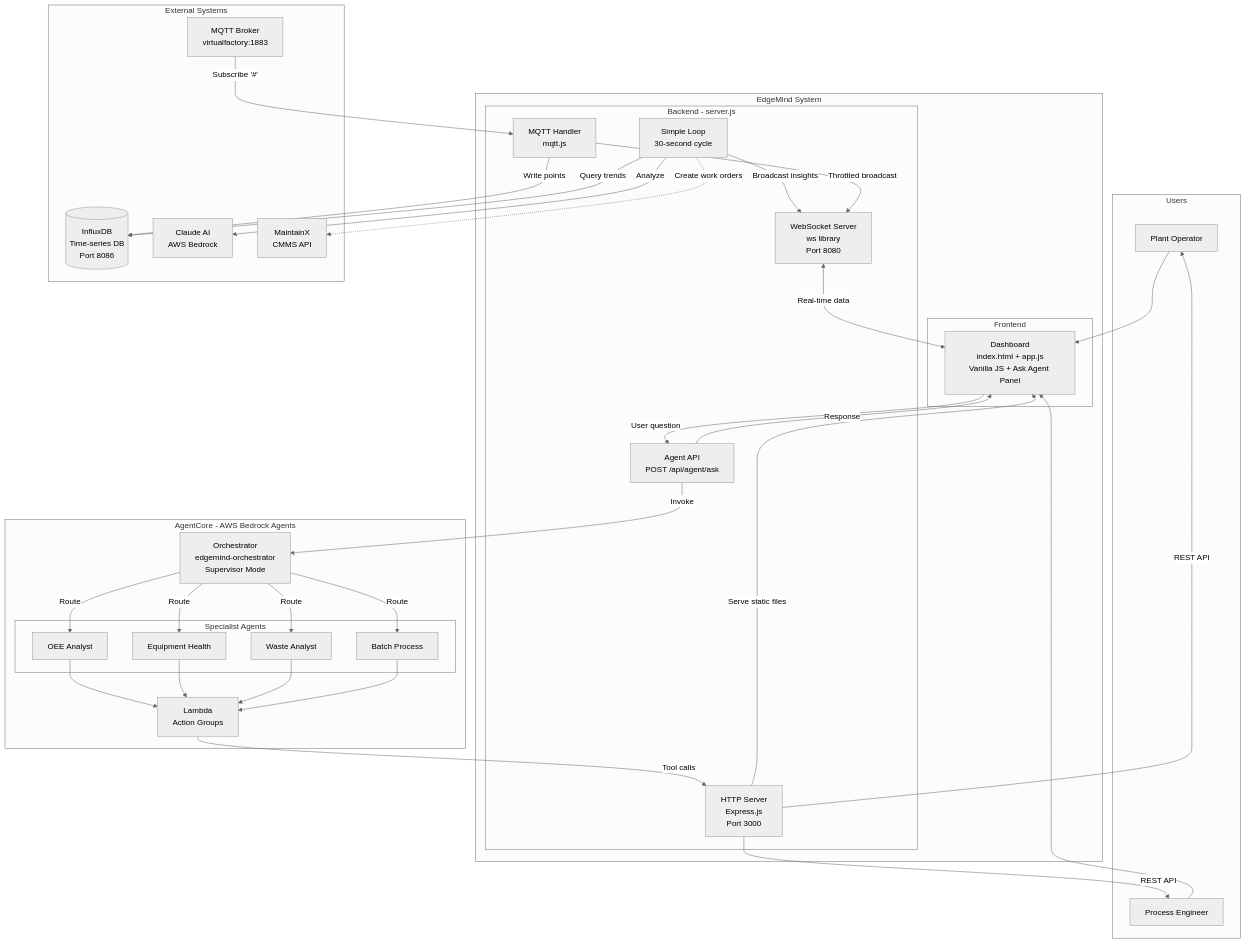
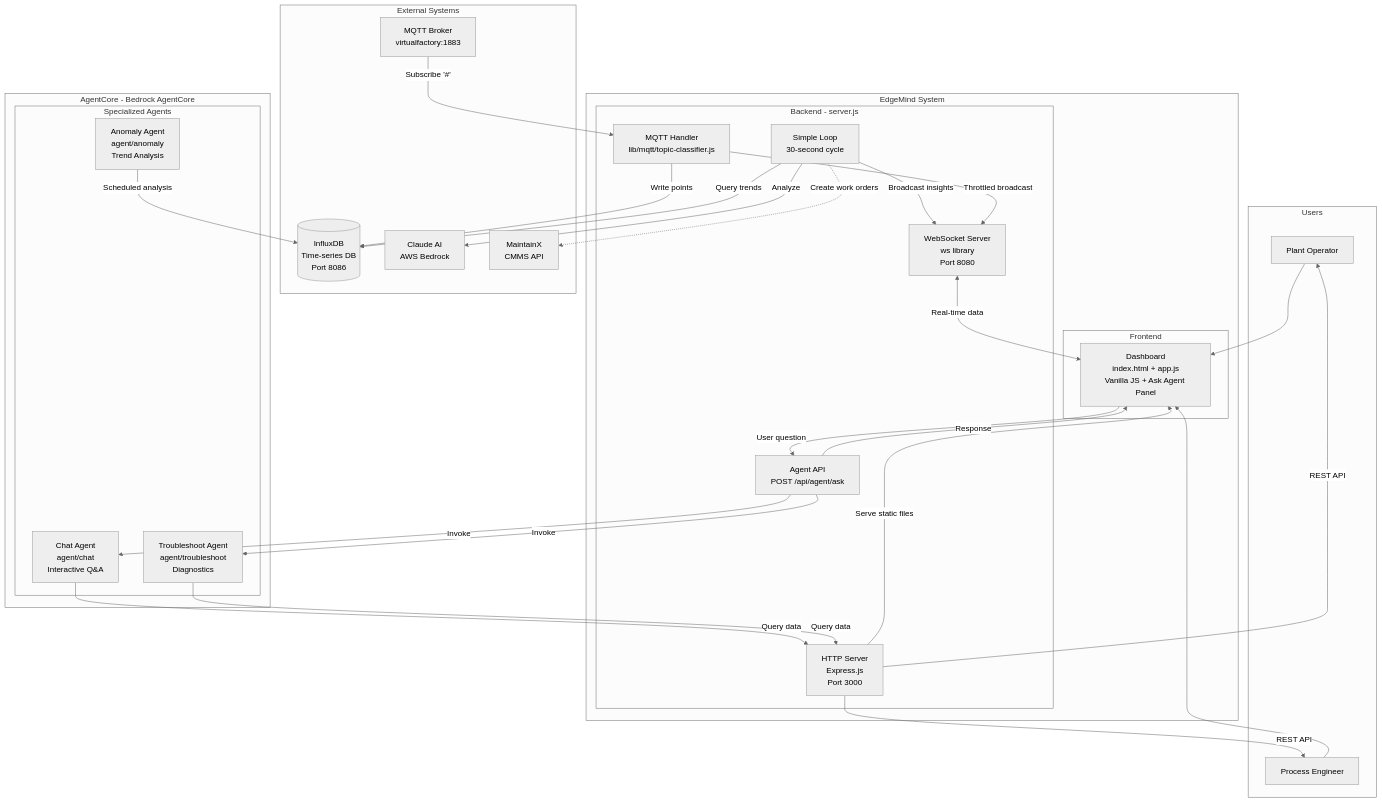
The first of 2 diagrams in docs/architecture/2-containers.md (briananderson1222/EdgeMind), drawn with Mermaid (neutral theme) before and after one commit. The commit also changed other lines of this file and 3 other files, not shown here.

First line of the commit message:
docs: update architecture docs for new agent structure

````diff
--- a/docs/architecture/2-containers.md
+++ b/docs/architecture/2-containers.md
@@ -7,70 +7,62 @@
 ```mermaid
 flowchart TB
     subgraph users[Users]
         OP[Plant Operator]
         ENG[Process Engineer]
     end
 
     subgraph edgemind[EdgeMind System]
         subgraph backend[Backend - server.js]
             HTTP[HTTP Server<br/>Express.js<br/>Port 3000]
             WS[WebSocket Server<br/>ws library<br/>Port 8080]
-            MQTT_H[MQTT Handler<br/>mqtt.js]
+            MQTT_H[MQTT Handler<br/>lib/mqtt/topic-classifier.js]
             AGENT[Simple Loop<br/>30-second cycle]
             AGENTAPI[Agent API<br/>POST /api/agent/ask]
         end
 
         subgraph frontend[Frontend]
             DASH[Dashboard<br/>index.html + app.js<br/>Vanilla JS + Ask Agent Panel]
         end
     end
 
     subgraph external[External Systems]
         MQTT_B[MQTT Broker<br/>virtualfactory:1883]
         INFLUX[(InfluxDB<br/>Time-series DB<br/>Port 8086)]
         CLAUDE[Claude AI<br/>AWS Bedrock]
         CMMS[MaintainX<br/>CMMS API]
     end
 
-    subgraph agentcore[AgentCore - AWS Bedrock Agents]
-        ORCH[Orchestrator<br/>edgemind-orchestrator<br/>Supervisor Mode]
-        subgraph specialists[Specialist Agents]
-            OEE_A[OEE Analyst]
-            EQUIP_A[Equipment Health]
-            WASTE_A[Waste Analyst]
-            BATCH_A[Batch Process]
+    subgraph agentcore[AgentCore - Bedrock AgentCore]
+        subgraph agents[Specialized Agents]
+            ANOMALY[Anomaly Agent<br/>agent/anomaly<br/>Trend Analysis]
+            CHAT[Chat Agent<br/>agent/chat<br/>Interactive Q&A]
+            TROUBLE[Troubleshoot Agent<br/>agent/troubleshoot<br/>Diagnostics]
         end
-        LAMBDA[Lambda<br/>Action Groups]
     end
 
     MQTT_B -->|Subscribe '#'| MQTT_H
     MQTT_H -->|Write points| INFLUX
     AGENT -->|Query trends| INFLUX
     AGENT -->|Analyze| CLAUDE
     AGENT -->|Broadcast insights| WS
     MQTT_H -->|Throttled broadcast| WS
 
     WS <-->|Real-time data| DASH
     HTTP -->|Serve static files| DASH
     HTTP -->|REST API| OP
     HTTP -->|REST API| ENG
 
     AGENT -.->|Create work orders| CMMS
 
     %% AgentCore Flow
     DASH -->|User question| AGENTAPI
-    AGENTAPI -->|Invoke| ORCH
-    ORCH -->|Route| OEE_A
-    ORCH -->|Route| EQUIP_A
-    ORCH -->|Route| WASTE_A
-    ORCH -->|Route| BATCH_A
-    OEE_A --> LAMBDA
-    EQUIP_A --> LAMBDA
-    WASTE_A --> LAMBDA
-    BATCH_A --> LAMBDA
-    LAMBDA -->|Tool calls| HTTP
+    AGENTAPI -->|Invoke| CHAT
+    AGENTAPI -->|Invoke| TROUBLE
+    ANOMALY -->|Scheduled analysis| INFLUX
+    CHAT -->|Query data| HTTP
+    TROUBLE -->|Query data| HTTP
     AGENTAPI -->|Response| DASH
 
     OP --> DASH
     ENG --> DASH
 ```
````
